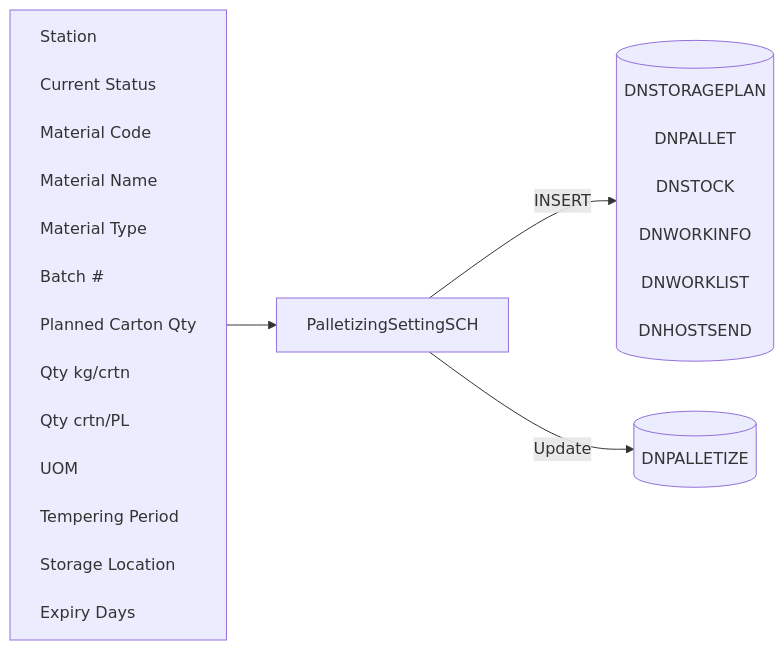
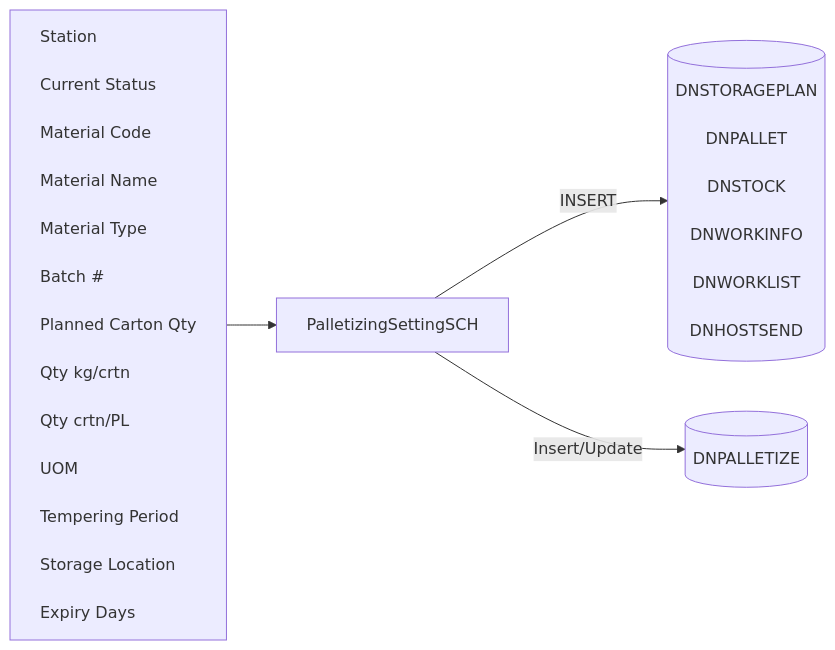
Before and after one commit to luthfiadityaa/SimeDarby-Wiki: the diagram in Basic-Design/DFD-WMS/Storage/Palletizing-Settting/Palletize-Start.md, drawn with Mermaid.

Commit message:
Updated Palletize Start

```diff
--- a/Basic-Design/DFD-WMS/Storage/Palletizing-Settting/Palletize-Start.md
+++ b/Basic-Design/DFD-WMS/Storage/Palletizing-Settting/Palletize-Start.md
@@ -18,40 +18,40 @@
 ::: mermaid
 flowchart LR
     input[
         Station<br>
         Current Status<br>
         Material Code<br>
         Material Name<br>
         Material Type<br>
         Batch #<br>
         Planned Carton Qty<br>
         Qty kg/crtn<br>
         Qty crtn/PL<br>
         UOM<br>
         Tempering Period<br>
         Storage Location<br>
         Expiry Days<br>
     ]
 
     tableList-insert-update[("
         DNPALLETIZE<br>
     ")]
 
     tableList-insert[("
         DNSTORAGEPLAN<br>
         DNPALLET<br>
         DNSTOCK<br>
         DNWORKINFO<br>
         DNWORKLIST<br>
         DNHOSTSEND<br>
     ")]
 
     className[PalletizingSettingSCH]
 
     input --> className --> |INSERT| tableList-insert
-    className --> |Update| tableList-insert-update
+    className --> |Insert/Update| tableList-insert-update
 
     classDef leftAlign text-align:left;
     class input leftAlign;
 
 :::
```
